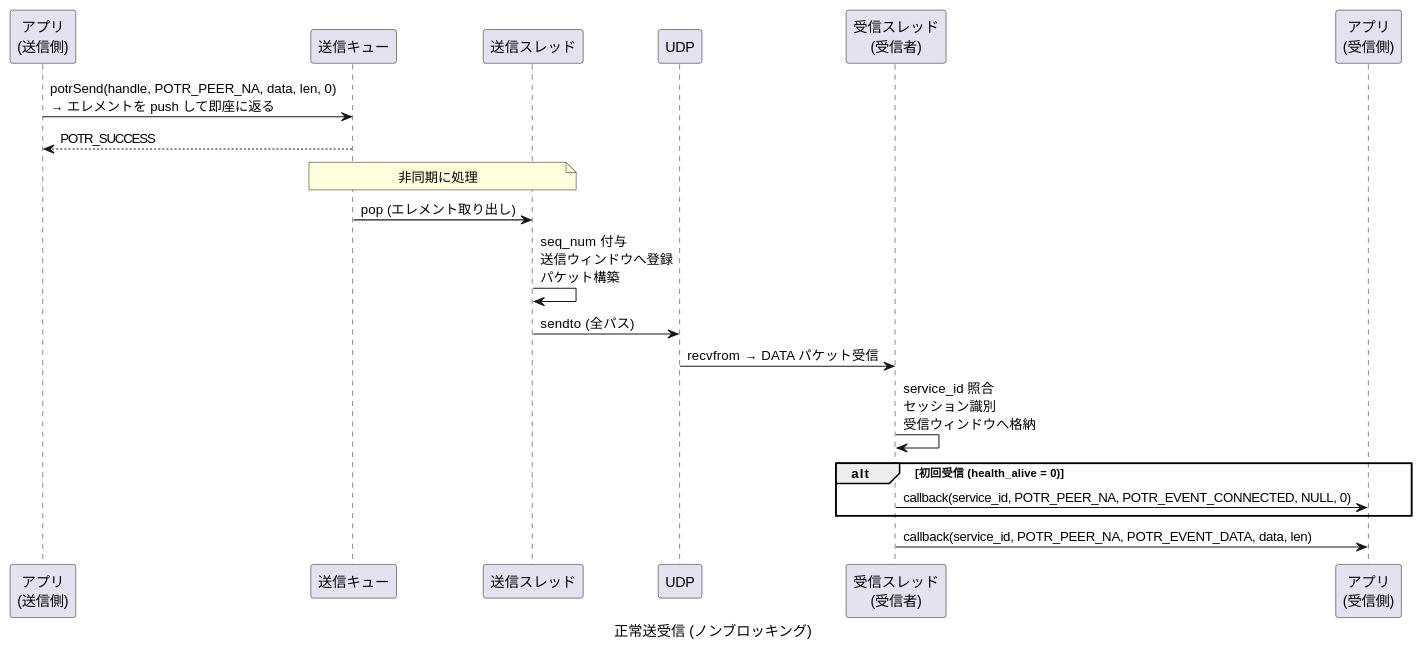
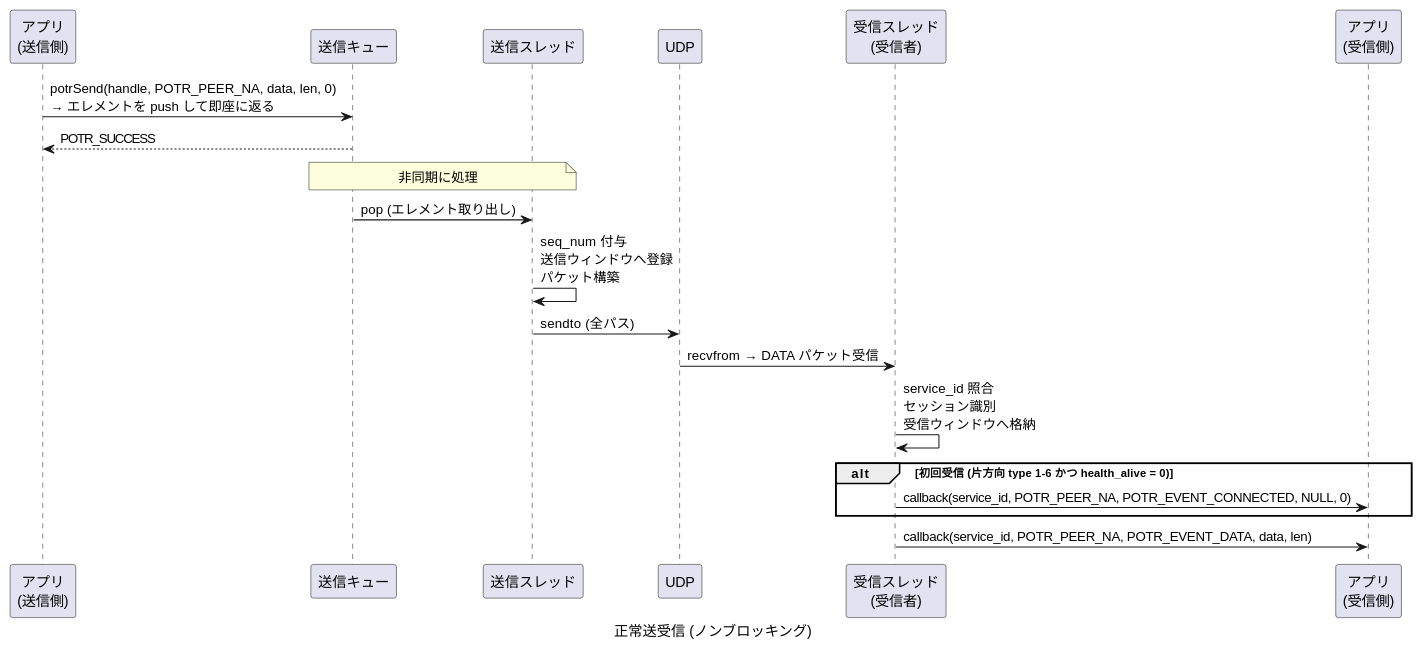
Before and after one commit to Hondarer/c-modernization-kit: the third of 29 diagrams in app/porter/docs/sequence.md, drawn with PlantUML. The commit also changed other lines of this file and 7 other files, not shown here.

````diff
--- a/app/porter/docs/sequence.md
+++ b/app/porter/docs/sequence.md
@@ -81,31 +81,31 @@
 ```plantuml
 @startuml 正常送受信 (ノンブロッキング)
 caption 正常送受信 (ノンブロッキング)
 
 participant "アプリ\n(送信側)" as SAPP
 participant "送信キュー" as Q
 participant "送信スレッド" as ST
 participant "UDP" as UDP
 participant "受信スレッド\n(受信者)" as RRT
 participant "アプリ\n(受信側)" as RAPP
 
 SAPP -> Q: potrSend(handle, POTR_PEER_NA, data, len, 0)\n→ エレメントを push して即座に返る
 SAPP <-- Q: POTR_SUCCESS
 
 note over Q, ST: 非同期に処理
 
 Q -> ST: pop (エレメント取り出し)
 ST -> ST: seq_num 付与\n送信ウィンドウへ登録\nパケット構築
 ST -> UDP: sendto (全パス)
 
 UDP -> RRT: recvfrom → DATA パケット受信
 RRT -> RRT: service_id 照合\nセッション識別\n受信ウィンドウへ格納
 
-alt 初回受信 (health_alive = 0)
+alt 初回受信 (片方向 type 1-6 かつ health_alive = 0)
   RRT -> RAPP: callback(service_id, POTR_PEER_NA, POTR_EVENT_CONNECTED, NULL, 0)
 end
 
 RRT -> RAPP: callback(service_id, POTR_PEER_NA, POTR_EVENT_DATA, data, len)
 
 @enduml
 ```
````
